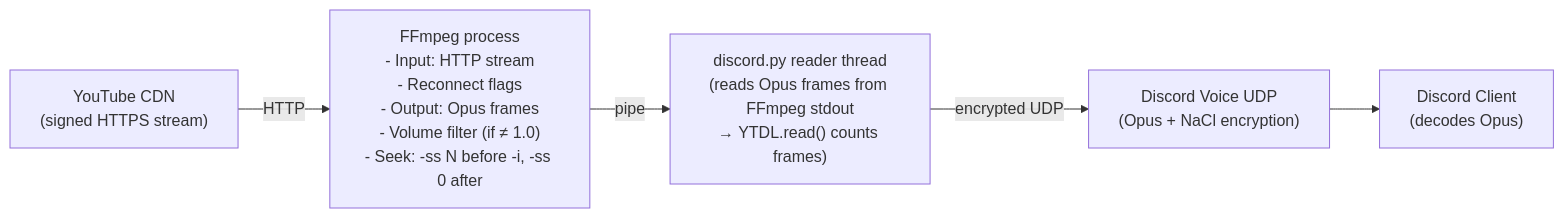
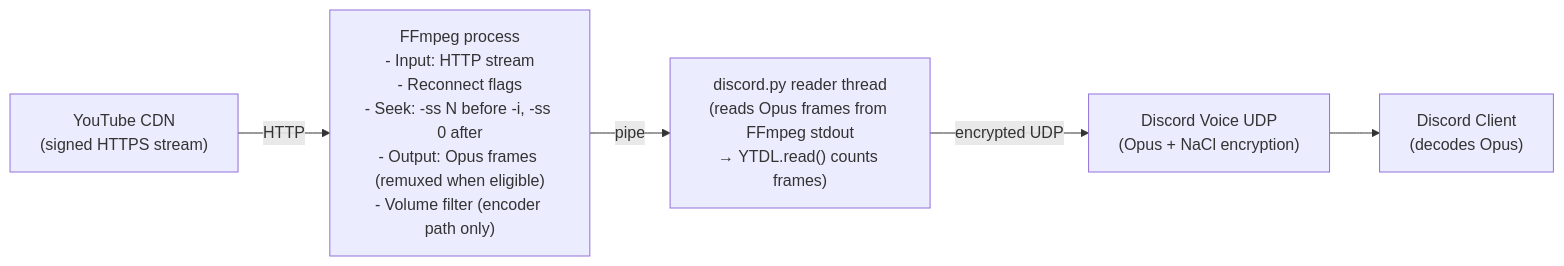
Before and after one commit to kawadeomkar/discord-music-bot: diagram 14 of 15 in docs/ARCHITECTURE.md, drawn with Mermaid. The commit also changed other lines of this file and 9 other files, not shown here.

First line of the commit message:
Walk the audio ladder and retry a refused stream before failing the song

````diff
--- a/docs/ARCHITECTURE.md
+++ b/docs/ARCHITECTURE.md
@@ -1529,13 +1530,13 @@
 ```mermaid
 flowchart LR
     YT["YouTube CDN\n(signed HTTPS stream)"]
-    FFmpeg["FFmpeg process\n- Input: HTTP stream\n- Reconnect flags\n- Output: Opus frames\n- Volume filter (if ≠ 1.0)\n- Seek: -ss N before -i, -ss 0 after"]
+    FFmpeg["FFmpeg process\n- Input: HTTP stream\n- Reconnect flags\n- Seek: -ss N before -i, -ss 0 after\n- Output: Opus frames (remuxed when eligible)\n- Volume filter (encoder path only)"]
     Reader["discord.py reader thread\n(reads Opus frames from FFmpeg stdout\n→ YTDL.read() counts frames)"]
     VC["Discord Voice UDP\n(Opus + NaCl encryption)"]
     User["Discord Client\n(decodes Opus)"]
 
     YT -->|HTTP| FFmpeg
     FFmpeg -->|pipe| Reader
     Reader -->|encrypted UDP| VC
     VC --> User
 ```
````
